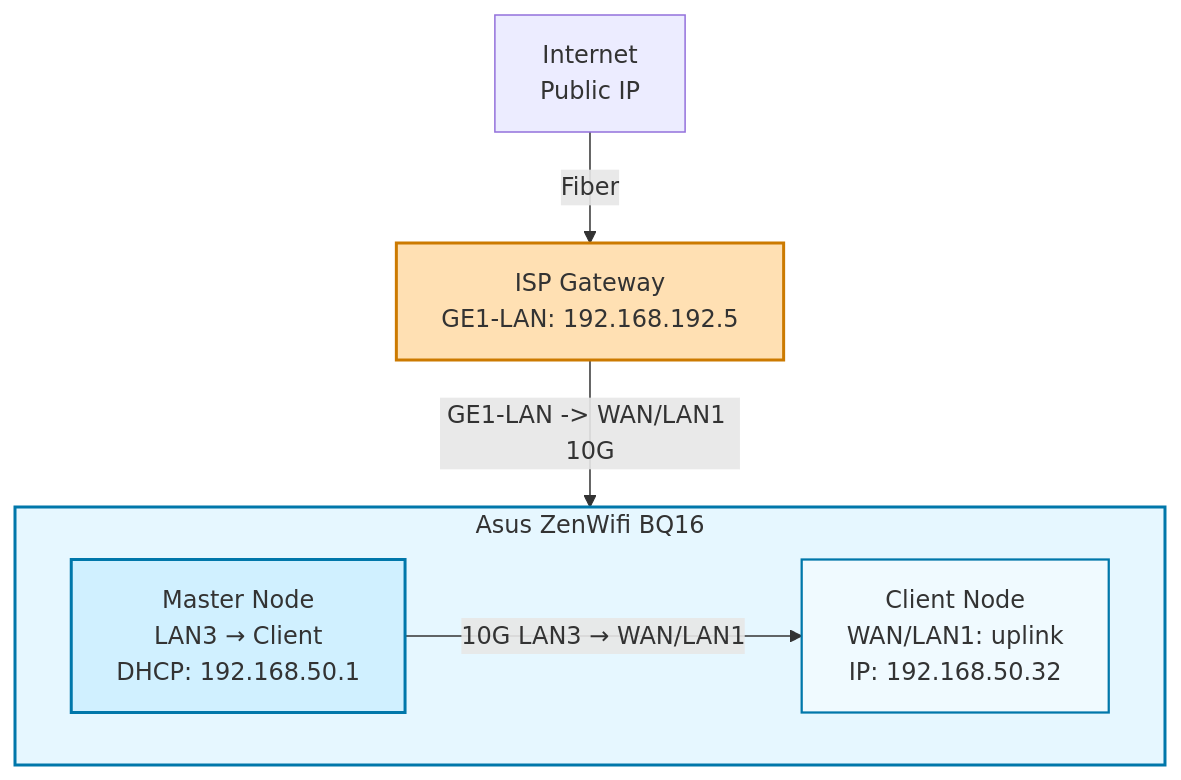
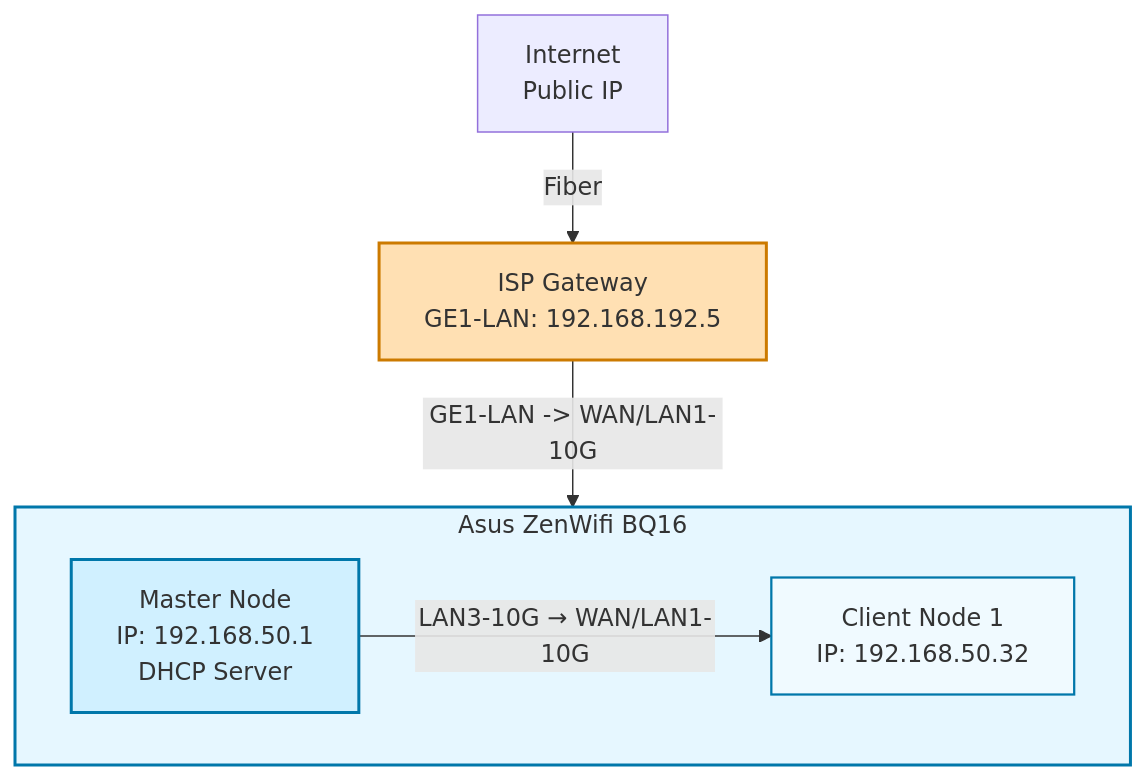
The diagram in Research/architecture.md (lukkeutgens/Homelab), drawn with Mermaid before and after one commit.

````diff
--- a/Research/architecture.md
+++ b/Research/architecture.md
@@ -4,16 +4,16 @@
 ```mermaid
 flowchart TD
-    A[Internet<br>Public IP] -->|Fiber| B[ISP Gateway<br/>GE1-LAN: 192.168.192.5]
-    B -->|GE1-LAN -> WAN/LAN1 10G| ZW[Asus ZenWifi BQ16]
+    A[Internet<br/>Public IP] -->|Fiber| B[ISP Gateway<br/>GE1-LAN: 192.168.192.5]
+    B -->|GE1-LAN -> WAN/LAN1-10G| ZW[Asus ZenWifi BQ16]
 
     subgraph ZW [Asus ZenWifi BQ16]
-        C[Master Node<br/>LAN3 → Client<br/>DHCP: 192.168.50.1]
-        D[Client Node<br/>WAN/LAN1: uplink<br/>IP: 192.168.50.32]
-        C -->|10G LAN3 → WAN/LAN1| D
+        C[Master Node<br/>IP: 192.168.50.1<br/>DHCP Server]
+        D[Client Node 1<br/>IP: 192.168.50.32<br/>]
+        C -->|LAN3-10G → WAN/LAN1-10G| D
     end
 
     style ZW fill:#e6f7ff,stroke:#0077aa,stroke-width:2px
     style C fill:#d0f0ff,stroke:#0077aa,stroke-width:2px
     style D fill:#f0faff,stroke:#0077aa,stroke-width:1.5px
     style B fill:#ffe0b3,stroke:#cc7a00,stroke-width:2px
 ```
````
